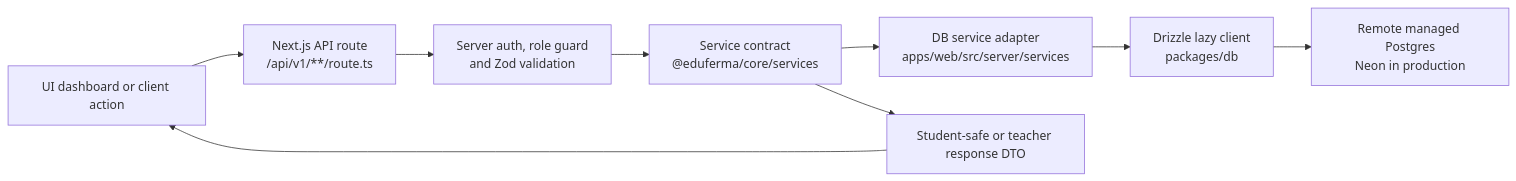
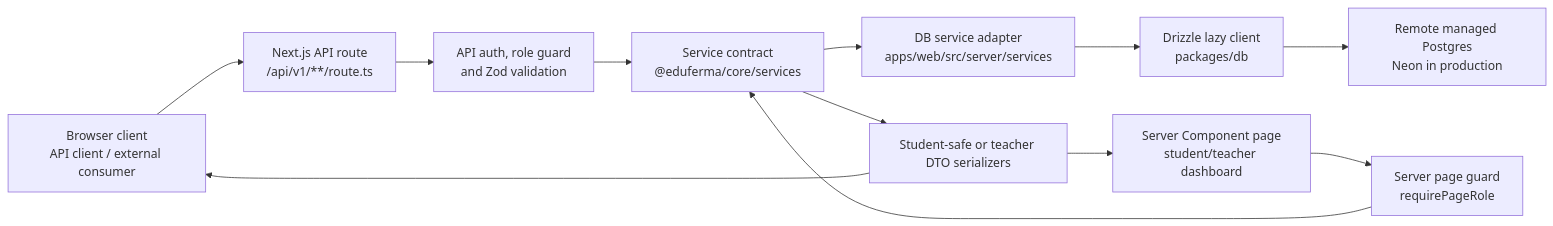
One commit to lkeey/EduFerma changed the first of 2 diagrams in README.md. Above: the diagram before and after it, drawn with Mermaid. The commit also changed other lines of this file and 3 other files, not shown here.

Commit message:
Document API contract request flows

````diff
--- a/README.md
+++ b/README.md
@@ -48,11 +56,14 @@
 ```mermaid
 flowchart LR
-  UI["UI dashboard or client action"] --> Route["Next.js API route<br/>/api/v1/**/route.ts"]
-  Route --> Guard["Server auth, role guard<br/>and Zod validation"]
-  Guard --> Services["Service contract<br/>@eduferma/core/services"]
+  Browser["Browser client<br/>API client / external consumer"] --> Route["Next.js API route<br/>/api/v1/**/route.ts"]
+  ServerPage["Server Component page<br/>student/teacher dashboard"] --> PageGuard["Server page guard<br/>requirePageRole"]
+  Route --> Guard["API auth, role guard<br/>and Zod validation"]
+  PageGuard --> Services["Service contract<br/>@eduferma/core/services"]
+  Guard --> Services
   Services --> DbServices["DB service adapter<br/>apps/web/src/server/services"]
   DbServices --> Drizzle["Drizzle lazy client<br/>packages/db"]
   Drizzle --> Neon["Remote managed Postgres<br/>Neon in production"]
-  Services --> Response["Student-safe or teacher response DTO"]
-  Response --> UI
+  Services --> Serializer["Student-safe or teacher DTO serializers"]
+  Serializer --> Browser
+  Serializer --> ServerPage
 ```
````
